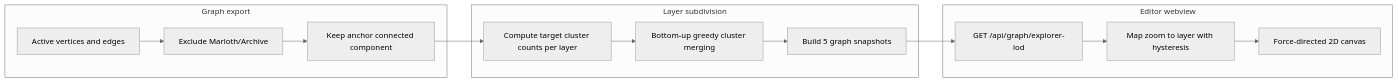
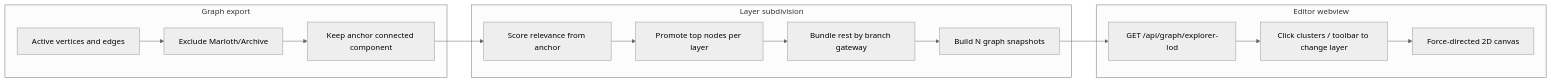
The diagram in docs/features/graph-explorer.md (silentorb/marloth-story), drawn with Mermaid (neutral theme) before and after one commit. The commit also changed other lines of this file and 33 other files, not shown here.

First line of the commit message:
Add Layers/Relative Graph Explorer modes and configurable LOD settings.

````diff
--- a/docs/features/graph-explorer.md
+++ b/docs/features/graph-explorer.md
@@ -72,19 +109,20 @@
 ```mermaid
 flowchart LR
   subgraph db [Graph export]
     Active["Active vertices and edges"]
     ArchiveFilter["Exclude Marloth/Archive"]
     AnchorFilter["Keep anchor connected component"]
   end
   subgraph lod [Layer subdivision]
-    Targets["Compute target cluster counts per layer"]
-    Merge["Bottom-up greedy cluster merging"]
-    Snapshots["Build 5 graph snapshots"]
+    Relevance["Score relevance from anchor"]
+    Promote["Promote top nodes per layer"]
+    Bundle["Bundle rest by branch gateway"]
+    Snapshots["Build N graph snapshots"]
   end
   subgraph ui [Editor webview]
     Fetch["GET /api/graph/explorer-lod"]
-    Zoom["Map zoom to layer with hysteresis"]
+    Navigate["Click clusters / toolbar to change layer"]
     Render["Force-directed 2D canvas"]
   end
-  Active --> ArchiveFilter --> AnchorFilter --> Targets --> Merge --> Snapshots --> Fetch --> Zoom --> Render
+  Active --> ArchiveFilter --> AnchorFilter --> Relevance --> Promote --> Bundle --> Snapshots --> Fetch --> Navigate --> Render
 ```
````
